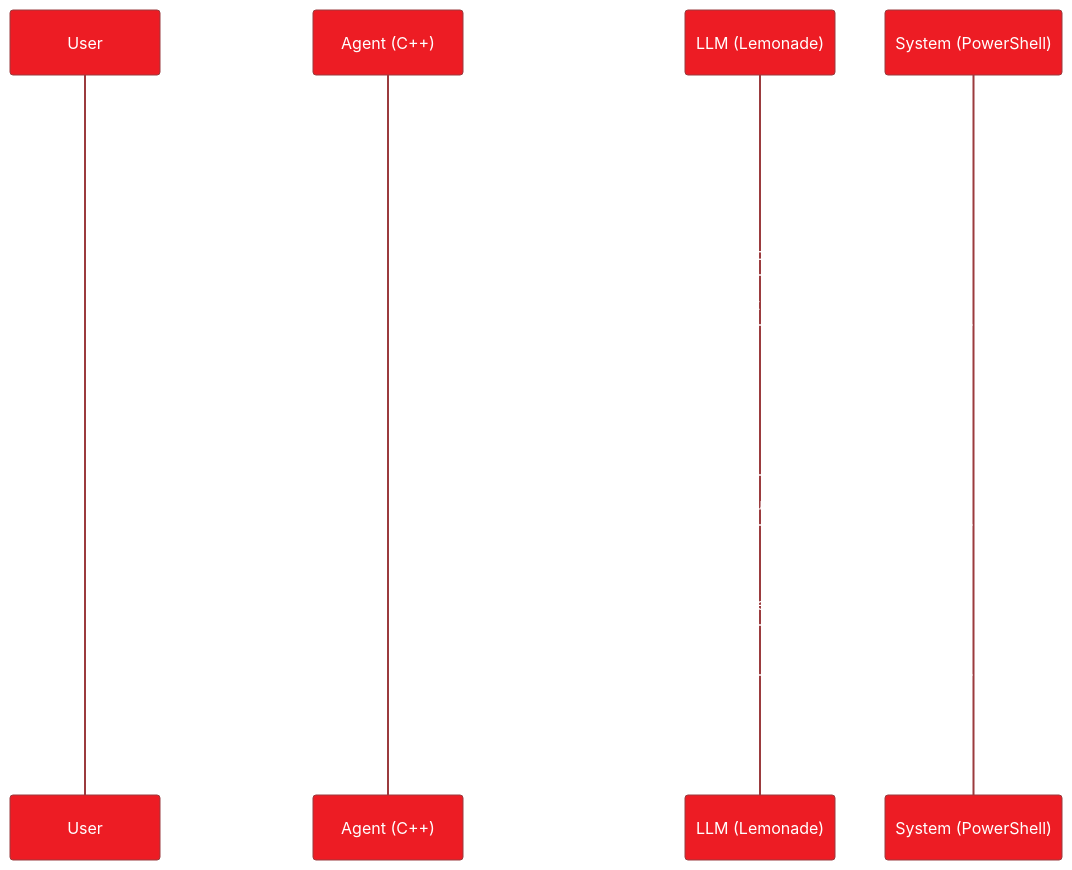
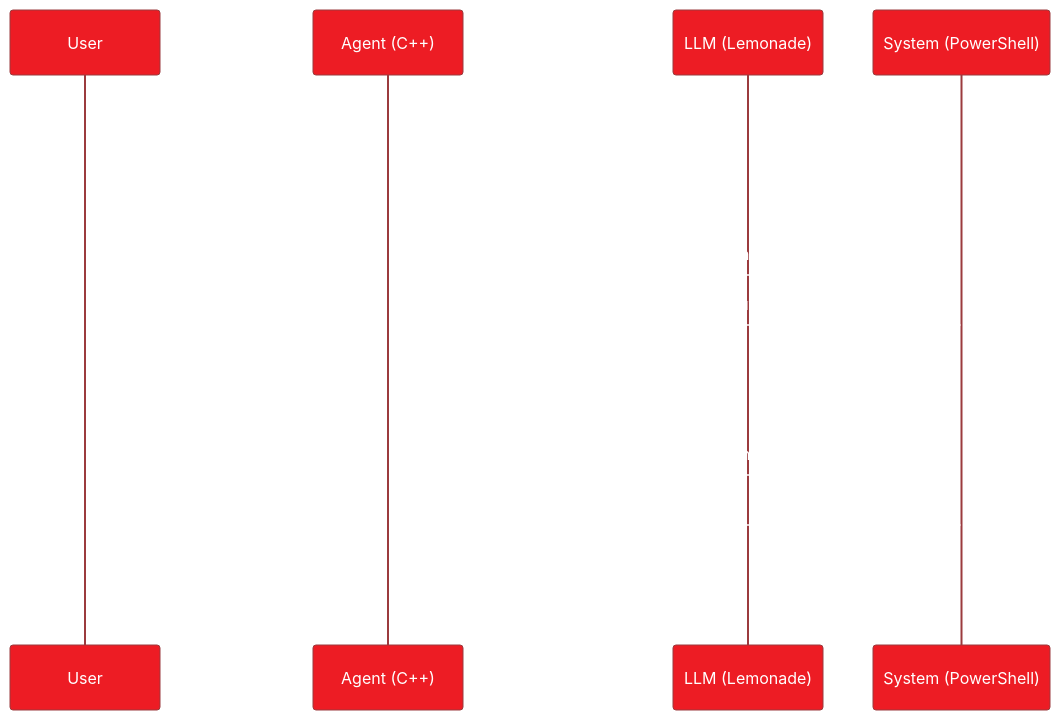
One commit to amd/gaia changed the first of 2 diagrams in docs/cpp/wifi-agent.mdx. Above: the diagram before and after it, drawn with Mermaid. The commit also changed other lines of this file and 5 other files, not shown here.

````diff
--- a/docs/cpp/wifi-agent.mdx
+++ b/docs/cpp/wifi-agent.mdx
@@ -51,23 +117,20 @@
 ```mermaid
 %%{init: {'theme':'base', 'themeVariables': { 'primaryColor':'#ED1C24', 'fontSize':'14px', 'lineColor':'#ED1C24', 'primaryTextColor':'#fff', 'edgeLabelBackground':'#1a1a1a'}, 'flowchart': {'curve': 'basis'}}}%%
 sequenceDiagram
     participant U as User
     participant A as Agent (C++)
     participant L as LLM (Lemonade)
     participant S as System (PowerShell)
 
     U->>A: "My internet isn't working"
     A->>L: System prompt + tool list + user query
     L->>A: "I'll call check_adapter first"
     A->>S: netsh wlan show interfaces
     S->>A: Wi-Fi adapter output
     A->>L: Here's the adapter output
-    L->>A: "Adapter OK. Now call check_ip_config"
-    A->>S: ipconfig /all
-    S->>A: IP configuration output
     L->>A: "No valid IP! Call renew_dhcp_lease"
     A->>S: ipconfig /release + /renew
     S->>A: New IP assigned
     L->>A: "Fixed! Final answer: RESOLVED"
     A->>U: Diagnostic report + RESOLVED
 ```
````
